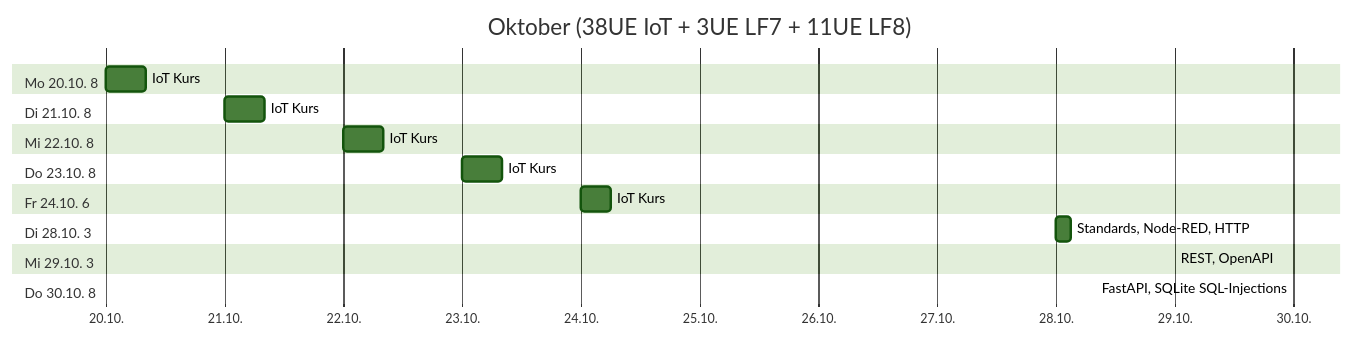
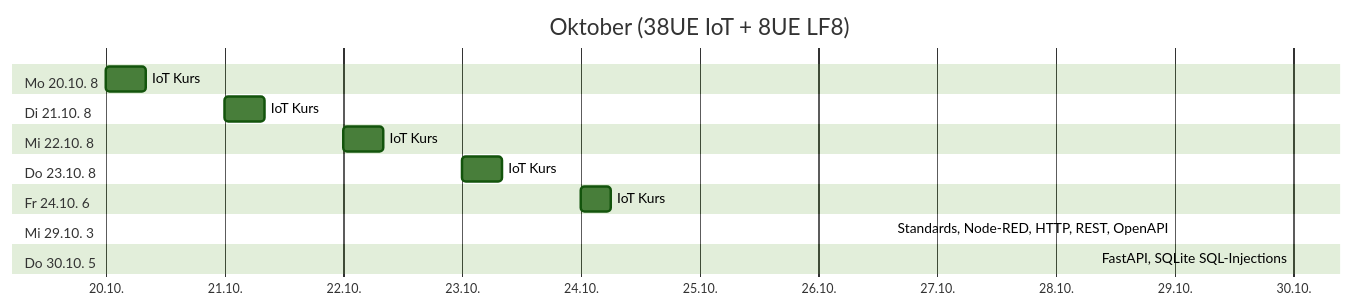
The second of 6 diagrams in src/plan.md (jonasnemeth/LF7), drawn with Mermaid (forest theme) before and after one commit.

Commit message:
stundenzahl (vorübergehend) reduziert

````diff
--- a/src/plan.md
+++ b/src/plan.md
@@ -23,22 +23,20 @@
 ```mermaid
 gantt
- title Oktober (38UE IoT + 3UE LF7 + 11UE LF8)
+ title Oktober (38UE IoT + 8UE LF8)
  dateFormat YYYY-MM-DD
  axisFormat %d.%m.
  section Mo 20.10. 8
   IoT Kurs                    :2025-10-20, 8h
  section Di 21.10. 8
   IoT Kurs                    :2025-10-21, 8h
  section Mi 22.10. 8
   IoT Kurs                    :2025-10-22, 8h
  section Do 23.10. 8
   IoT Kurs                    :2025-10-23, 8h
  section Fr 24.10. 6
   IoT Kurs                    :2025-10-24, 6h
- section Di 28.10. 3
-  Standards, Node-RED, HTTP   :2025-10-28, 3h
  section Mi 29.10. 3
-  REST, OpenAPI               :2025-10-29, 3h  <!--LF8-->
- section Do 30.10. 8
-  FastAPI, SQLite SQL-Injections     :2025-10-30, 8h  <!--LF8b-->
+  Standards, Node-RED, HTTP, REST, OpenAPI   :2025-10-29, 3h  <!--LF8-->
+ section Do 30.10. 5
+  FastAPI, SQLite SQL-Injections     :2025-10-30, 5h  <!--LF8b-->
 ```
````
